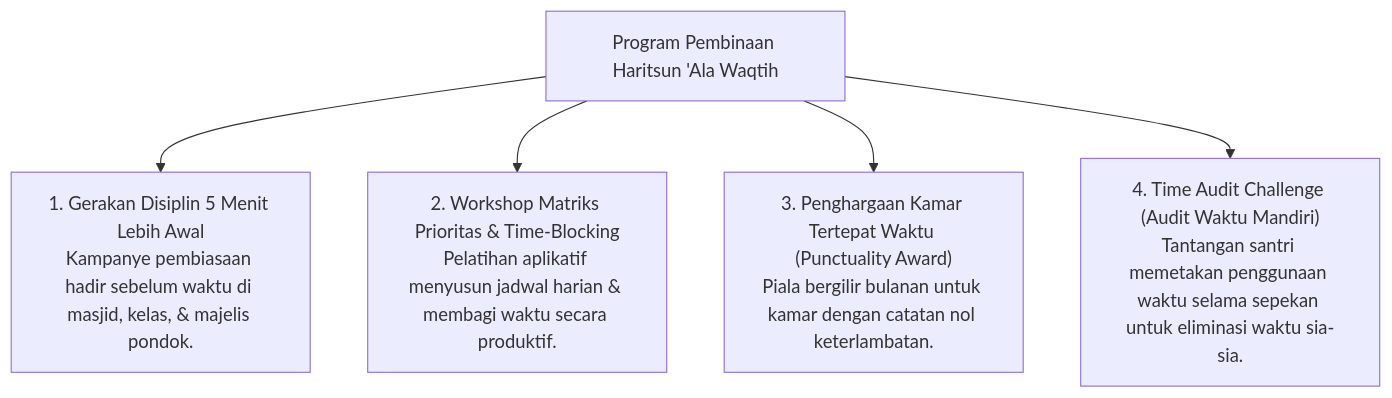
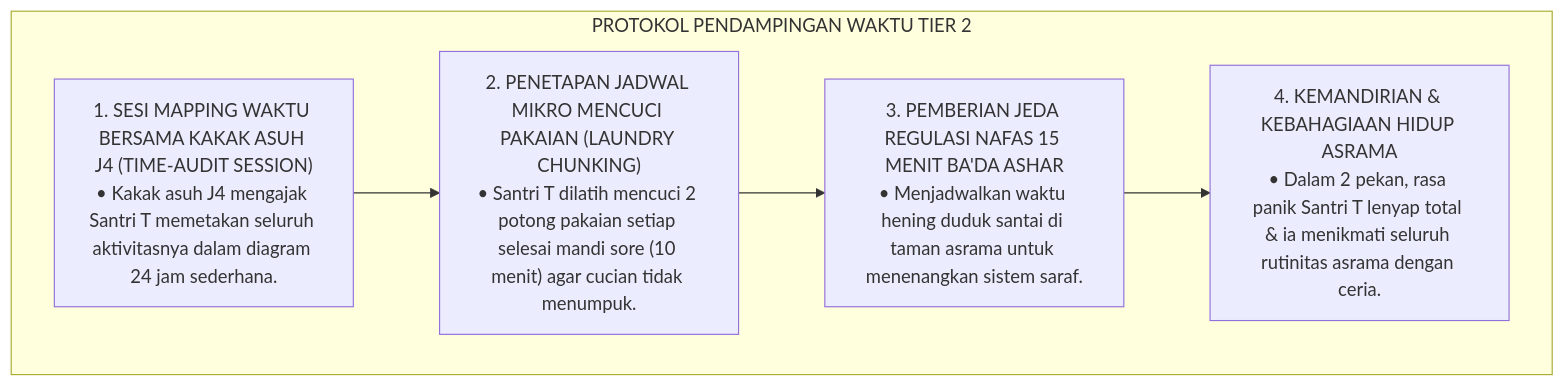
Before and after one commit to wandiapriliyandi/tumbuh: the fifth of 8 diagrams in 03 Capacity Framework/10 Haritsun Ala Waqtih/P3-10-11-Program-Pembinaan-dan-Halaqah.md, drawn with Mermaid. The commit also changed other lines of this file and 14 other files, not shown here.

Commit message:
docs(03-capacity): complete all 15 research monographs for 10 Haritsun Ala Waqtih

````diff
--- a/03 Capacity Framework/10 Haritsun Ala Waqtih/P3-10-11-Program-Pembinaan-dan-Halaqah.md
+++ b/03 Capacity Framework/10 Haritsun Ala Waqtih/P3-10-11-Program-Pembinaan-dan-Halaqah.md
@@ -10,9 +136,14 @@
 ```mermaid
-graph TD
-    Program["Program Pembinaan Haritsun 'Ala Waqtih"]
-    
-    Program --> P1["1. Gerakan Disiplin 5 Menit Lebih Awal<br/>Kampanye pembiasaan hadir sebelum waktu di masjid, kelas, & majelis pondok."]
-    Program --> P2["2. Workshop Matriks Prioritas & Time-Blocking<br/>Pelatihan aplikatif menyusun jadwal harian & membagi waktu secara produktif."]
-    Program --> P3["3. Penghargaan Kamar Tertepat Waktu (Punctuality Award)<br/>Piala bergilir bulanan untuk kamar dengan catatan nol keterlambatan."]
-    Program --> P4["4. Time Audit Challenge (Audit Waktu Mandiri)<br/>Tantangan santri memetakan penggunaan waktu selama sepekan untuk eliminasi waktu sia-sia."]
+flowchart TD
+    subgraph ProtokolTaskUnpacking["PROTOKOL PENDAMPINGAN WAKTU TIER 2"]
+        Step1["1. SESI MAPPING WAKTU BERSAMA KAKAK ASUH J4 (TIME-AUDIT SESSION)<br/>• Kakak asuh J4 mengajak Santri T memetakan seluruh aktivitasnya dalam diagram 24 jam sederhana."]
+        
+        Step2["2. PENETAPAN JADWAL MIKRO MENCUCI PAKAIAN (LAUNDRY CHUNKING)<br/>• Santri T dilatih mencuci 2 potong pakaian setiap selesai mandi sore (10 menit) agar cucian tidak menumpuk."]
+        
+        Step3["3. PEMBERIAN JEDA REGULASI NAFAS 15 MENIT BA'DA ASHAR<br/>• Menjadwalkan waktu hening duduk santai di taman asrama untuk menenangkan sistem saraf."]
+        
+        Step4["4. KEMANDIRIAN & KEBAHAGIAAN HIDUP ASRAMA<br/>• Dalam 2 pekan, rasa panik Santri T lenyap total & ia menikmati seluruh rutinitas asrama dengan ceria."]
+        
+        Step1 --> Step2 --> Step3 --> Step4
+    end
 ```
````
